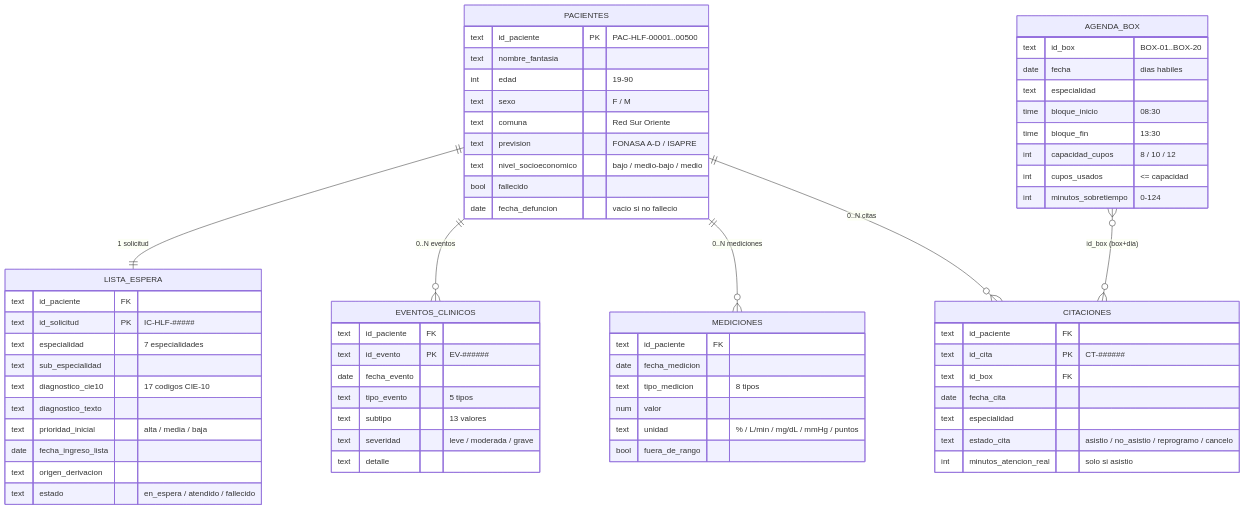
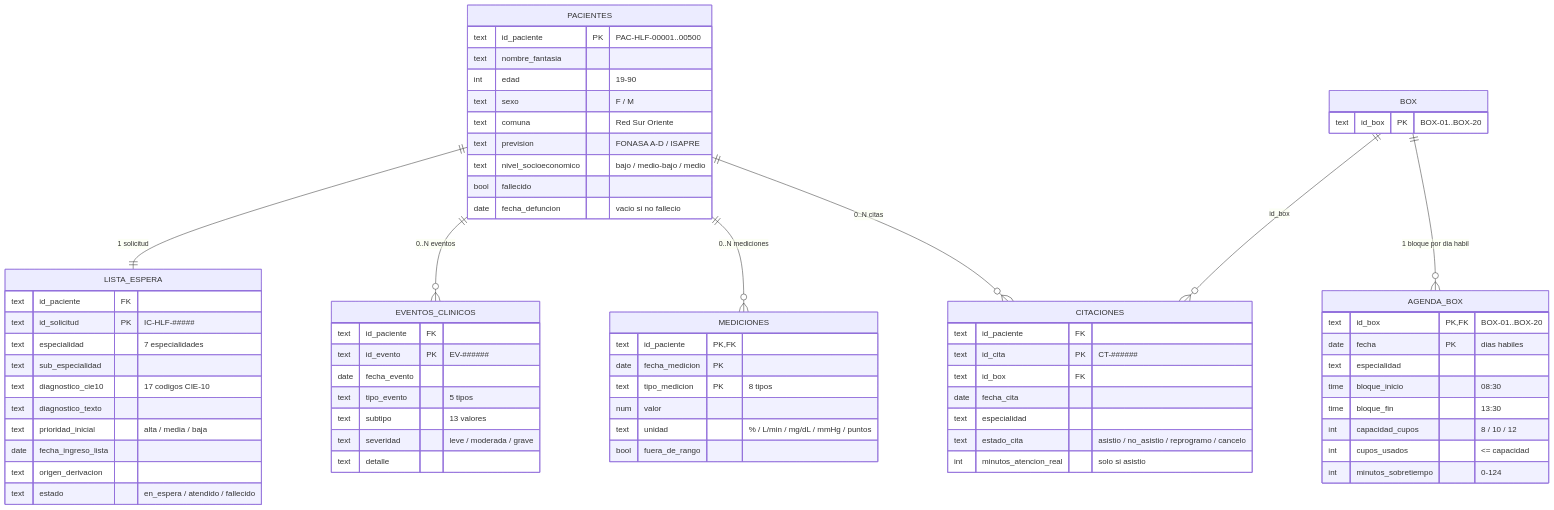
Before and after one commit to patricioespinozaa/AWS-G12: the first of 2 diagrams in docs/modelo-datos-raw.md, drawn with Mermaid. The commit also changed other lines of this file and 13 other files, not shown here.

````diff
--- a/docs/modelo-datos-raw.md
+++ b/docs/modelo-datos-raw.md
@@ -30,73 +33,78 @@
 ```mermaid
 erDiagram
     PACIENTES ||--|| LISTA_ESPERA : "1 solicitud"
     PACIENTES ||--o{ EVENTOS_CLINICOS : "0..N eventos"
     PACIENTES ||--o{ MEDICIONES : "0..N mediciones"
     PACIENTES ||--o{ CITACIONES : "0..N citas"
-    AGENDA_BOX }o--o{ CITACIONES : "id_box (box+dia)"
+    BOX ||--o{ AGENDA_BOX : "1 bloque por dia habil"
+    BOX ||--o{ CITACIONES : "id_box"
+
+    BOX {
+        text id_box PK "BOX-01..BOX-20"
+    }
 
     PACIENTES {
         text id_paciente PK "PAC-HLF-00001..00500"
         text nombre_fantasia
         int  edad "19-90"
         text sexo "F / M"
         text comuna "Red Sur Oriente"
         text prevision "FONASA A-D / ISAPRE"
         text nivel_socioeconomico "bajo / medio-bajo / medio"
         bool fallecido
         date fecha_defuncion "vacio si no fallecio"
     }
 
     LISTA_ESPERA {
         text id_paciente FK
         text id_solicitud PK "IC-HLF-#####"
         text especialidad "7 especialidades"
         text sub_especialidad
         text diagnostico_cie10 "17 codigos CIE-10"
         text diagnostico_texto
         text prioridad_inicial "alta / media / baja"
         date fecha_ingreso_lista
         text origen_derivacion
         text estado "en_espera / atendido / fallecido"
     }
 
     EVENTOS_CLINICOS {
         text id_paciente FK
         text id_evento PK "EV-######"
         date fecha_evento
         text tipo_evento "5 tipos"
         text subtipo "13 valores"
         text severidad "leve / moderada / grave"
         text detalle
     }
 
     MEDICIONES {
-        text id_paciente FK
-        date fecha_medicion
-        text tipo_medicion "8 tipos"
+        text id_paciente PK, FK
+        date fecha_medicion PK
+        text tipo_medicion PK "8 tipos"
         num  valor
         text unidad "% / L/min / mg/dL / mmHg / puntos"
         bool fuera_de_rango
     }
 
     AGENDA_BOX {
-        text id_box "BOX-01..BOX-20"
-        date fecha "dias habiles"
+        text id_box PK, FK "BOX-01..BOX-20"
+        date fecha PK "dias habiles"
         text especialidad
         time bloque_inicio "08:30"
         time bloque_fin "13:30"
         int  capacidad_cupos "8 / 10 / 12"
         int  cupos_usados "<= capacidad"
         int  minutos_sobretiempo "0-124"
     }
 
     CITACIONES {
         text id_paciente FK
         text id_cita PK "CT-######"
         text id_box FK
         date fecha_cita
         text especialidad
         text estado_cita "asistio / no_asistio / reprogramo / cancelo"
         int  minutos_atencion_real "solo si asistio"
     }
 ```
````
